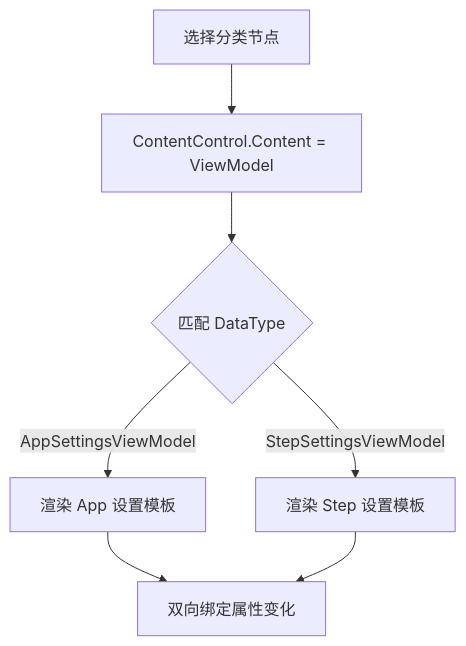
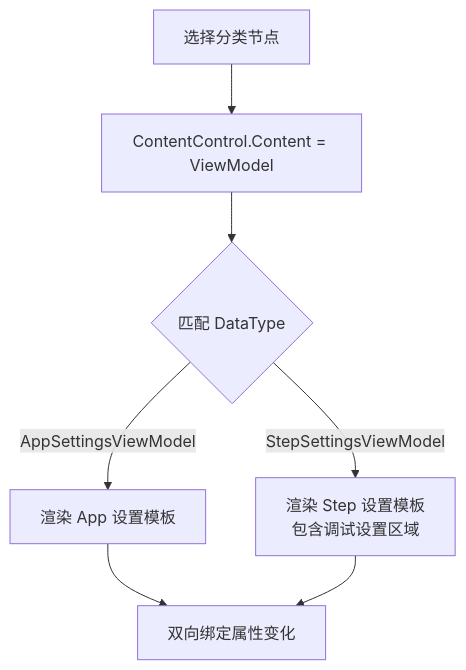
The sixth of 8 diagrams in .qoder/repowiki/zh/content/系统设置管理.md (yooxii/ShaoLuAuto), drawn with Mermaid before and after one commit. The commit also changed other lines of this file and 45 other files, not shown here.

````diff
--- a/.qoder/repowiki/zh/content/系统设置管理.md
+++ b/.qoder/repowiki/zh/content/系统设置管理.md
@@ -346,9 +368,9 @@
 ```mermaid
 flowchart TD
 A["选择分类节点"] --> B["ContentControl.Content = ViewModel"]
 B --> C{"匹配 DataType"}
 C --> |AppSettingsViewModel| D["渲染 App 设置模板"]
-C --> |StepSettingsViewModel| E["渲染 Step 设置模板"]
+C --> |StepSettingsViewModel| E["渲染 Step 设置模板<br/>包含调试设置区域"]
 D --> F["双向绑定属性变化"]
 E --> F
 ```
````
